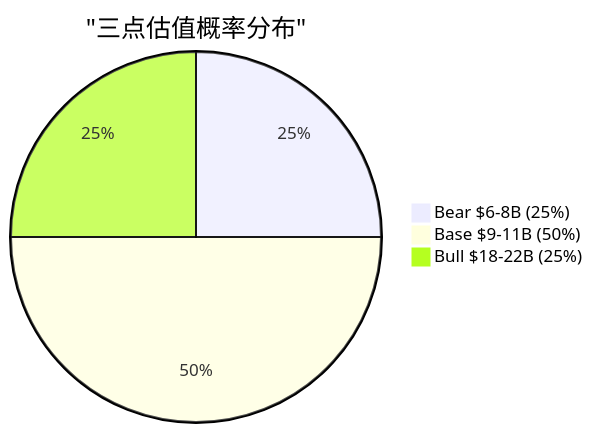
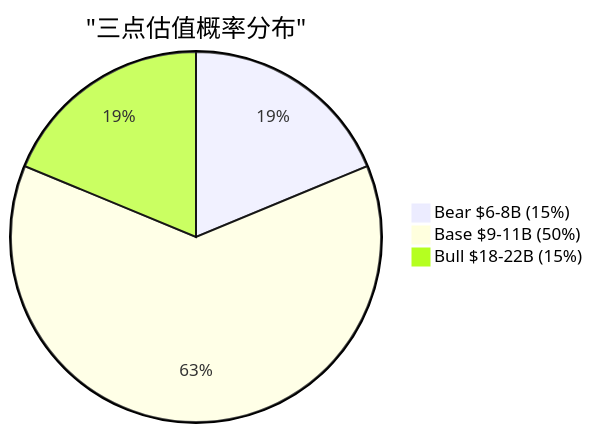
The third of 21 diagrams in reports/FTAI/FTAI_complete_v2.md (miltonnewyork25-afk/investment-master), drawn with Mermaid before and after one commit. The commit also changed other lines of this file, not shown here.

````diff
--- a/reports/FTAI/FTAI_complete_v2.md
+++ b/reports/FTAI/FTAI_complete_v2.md
@@ -1607,6 +1608,6 @@
 ```mermaid
 pie title "三点估值概率分布"
-    "Bear $6-8B (25%)" : 25
+    "Bear $6-8B (15%)" : 15
     "Base $9-11B (50%)" : 50
-    "Bull $18-22B (25%)" : 25
+    "Bull $18-22B (15%)" : 15
 ```
````
